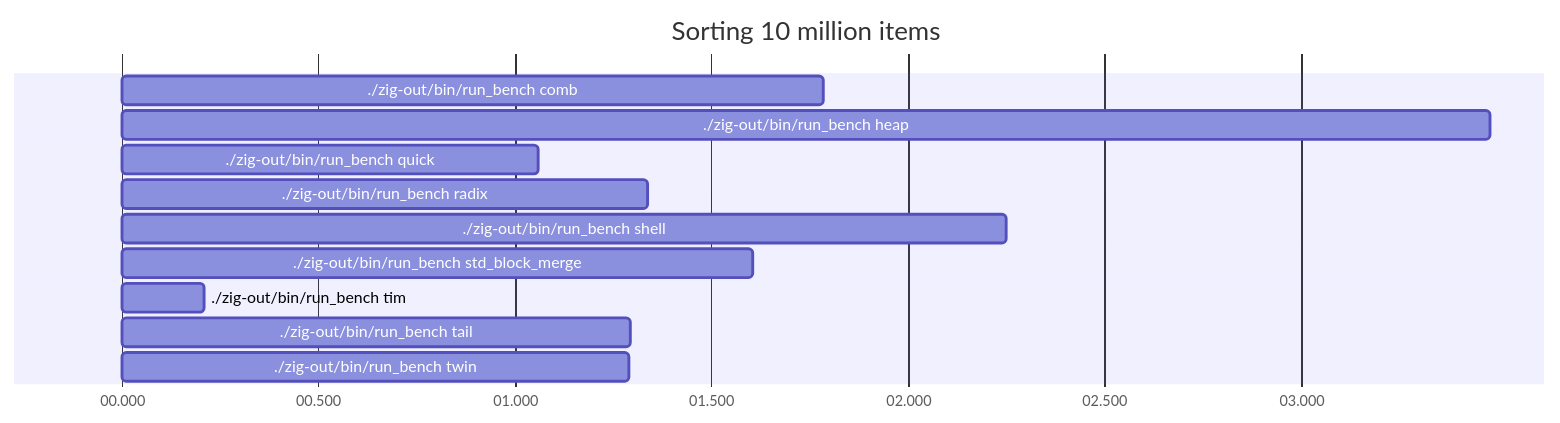
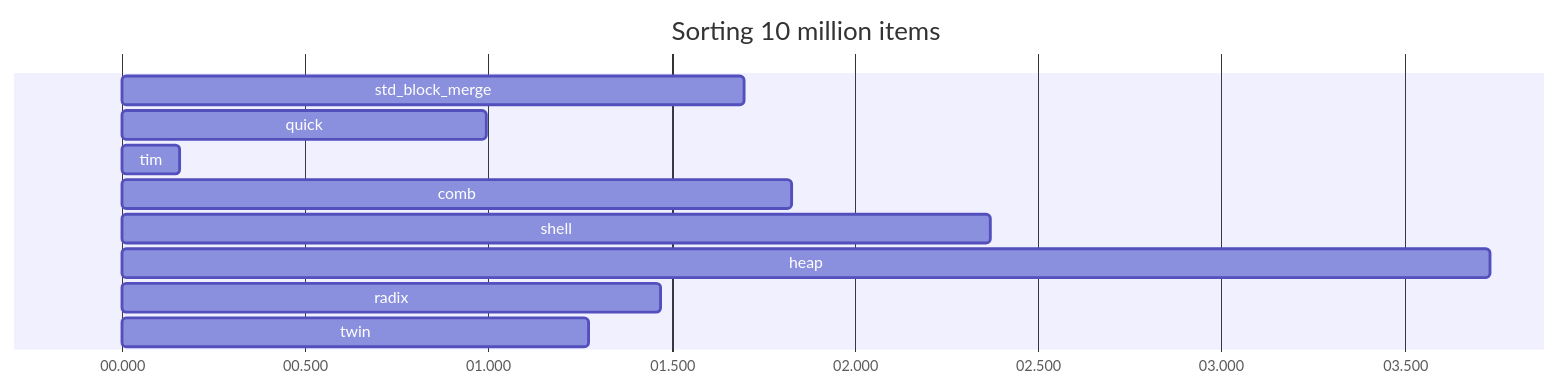
The third of 3 diagrams in README.md (alichraghi/zort), drawn with Mermaid before and after one commit. The commit also changed other lines of this file and 1 other file, not shown here.

````diff
--- a/README.md
+++ b/README.md
@@ -72,15 +72,14 @@
 ```mermaid
 gantt
     title Sorting 10 million items
     dateFormat x
     axisFormat %S.%L
-    ./zig-out/bin/run_bench comb : 0,1783
-    ./zig-out/bin/run_bench heap : 0,3481
-    ./zig-out/bin/run_bench quick : 0,1058
-    ./zig-out/bin/run_bench radix : 0,1337
-    ./zig-out/bin/run_bench shell : 0,2250
-    ./zig-out/bin/run_bench std_block_merge : 0,1605
-    ./zig-out/bin/run_bench tim : 0,208
-    ./zig-out/bin/run_bench tail : 0,1294
-    ./zig-out/bin/run_bench twin : 0,1289
+    std_block_merge : 0,1699
+    quick : 0,994
+    tim : 0,159
+    comb : 0,1827
+    shell : 0,2368
+    heap : 0,3733
+    radix : 0,1468
+    twin : 0,1273
 ```
````
